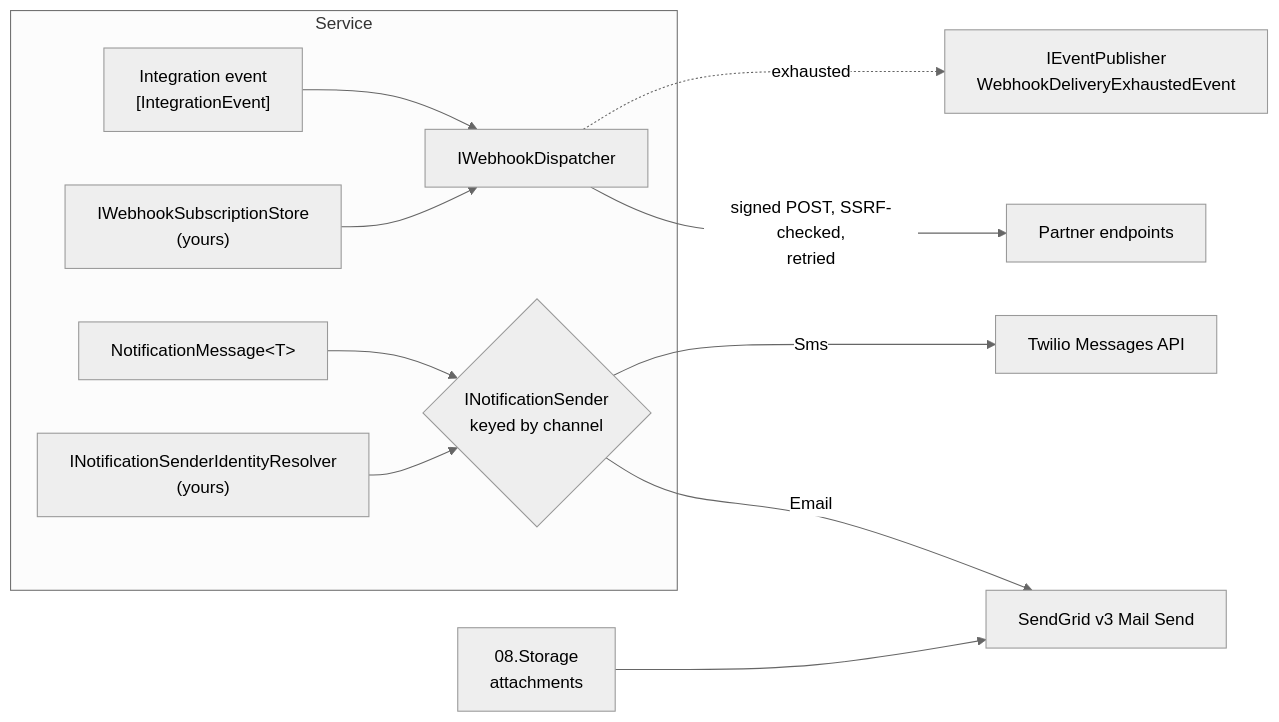
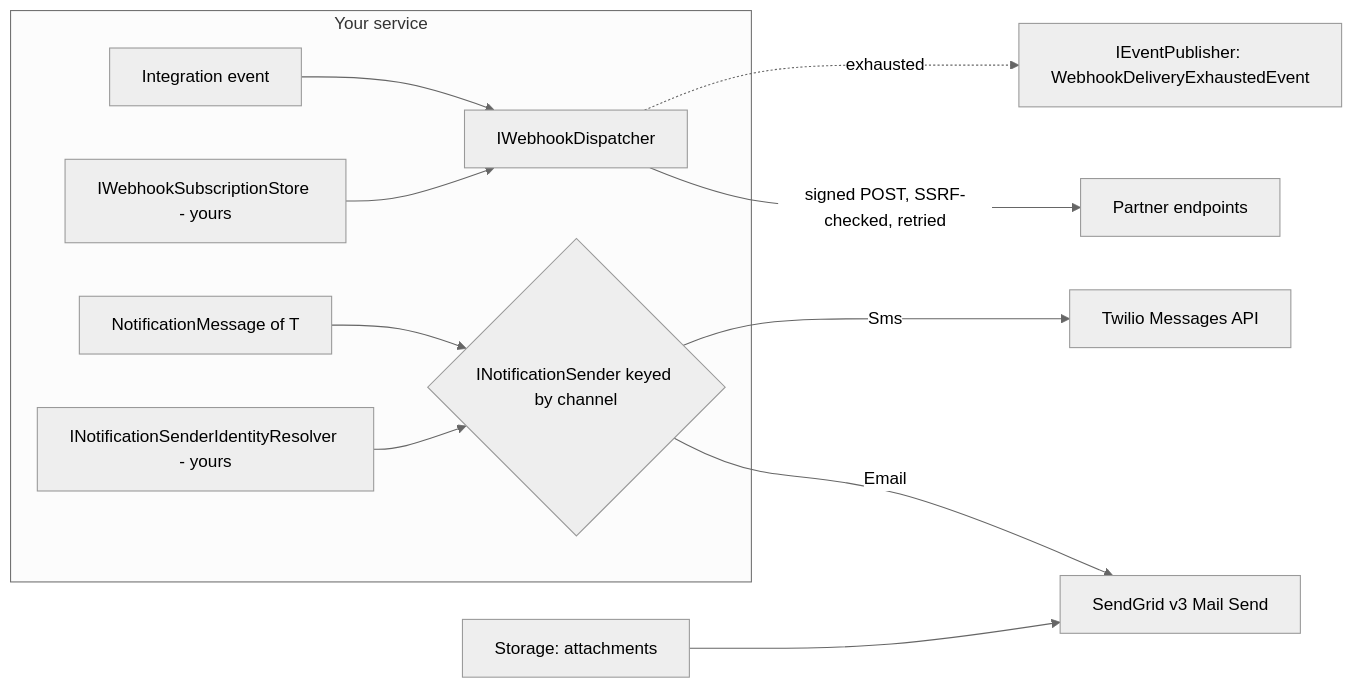
Before and after one commit to Gresta-Vertex-Labs/platform-shared-kernel: the diagram in src/Infrastructure/Integration/README.md, drawn with Mermaid (neutral theme). The commit also changed other lines of this file and 228 other files, not shown here.

````diff
--- a/src/Infrastructure/Integration/README.md
+++ b/src/Infrastructure/Integration/README.md
@@ -50,14 +53,14 @@
 ```mermaid
 flowchart LR
-    subgraph Service
-        E["Integration event<br/>[IntegrationEvent]"] --> D["IWebhookDispatcher"]
-        S["IWebhookSubscriptionStore<br/>(yours)"] --> D
-        M["NotificationMessage&lt;T&gt;"] --> N{"INotificationSender<br/>keyed by channel"}
-        I["INotificationSenderIdentityResolver<br/>(yours)"] --> N
+    subgraph Service["Your service"]
+        E["Integration event"] --> D["IWebhookDispatcher"]
+        S["IWebhookSubscriptionStore - yours"] --> D
+        M["NotificationMessage of T"] --> N{"INotificationSender keyed by channel"}
+        I["INotificationSenderIdentityResolver - yours"] --> N
     end
-    D -- "signed POST, SSRF-checked,<br/>retried" --> P["Partner endpoints"]
-    D -. "exhausted" .-> B["IEventPublisher<br/>WebhookDeliveryExhaustedEvent"]
-    N -- Email --> SG["SendGrid v3 Mail Send"]
-    N -- Sms --> TW["Twilio Messages API"]
-    ST["08.Storage<br/>attachments"] --> SG
+    D -- "signed POST, SSRF-checked, retried" --> P["Partner endpoints"]
+    D -. "exhausted" .-> B["IEventPublisher: WebhookDeliveryExhaustedEvent"]
+    N -- "Email" --> SG["SendGrid v3 Mail Send"]
+    N -- "Sms" --> TW["Twilio Messages API"]
+    ST["Storage: attachments"] --> SG
 ```
````
